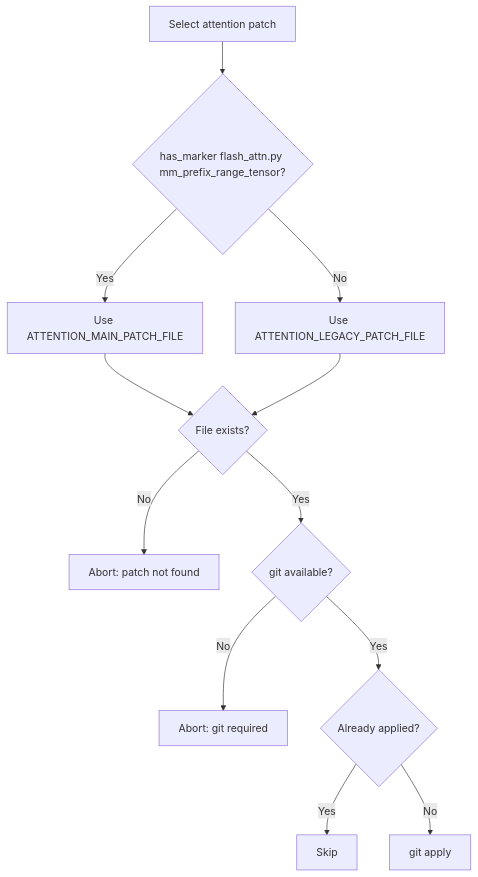
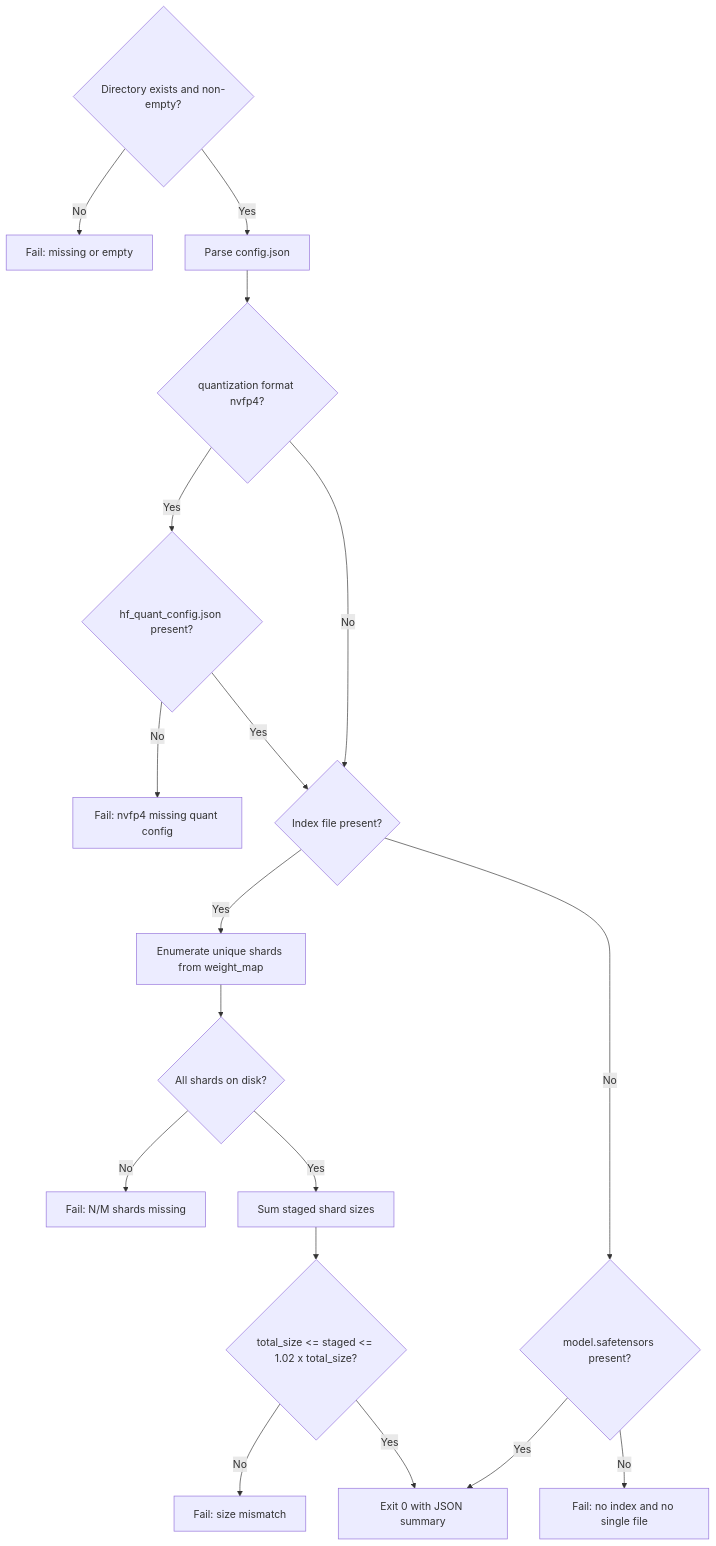
One commit to jpfulton-fultonengineeringservices/spark-vllm-docker changed diagram 15 of 15 in deepwiki-rs-docs/3.Workflow.md. Above: the diagram before and after it, drawn with Mermaid. The commit also changed other lines of this file and 156 other files, not shown here.

````diff
--- a/deepwiki-rs-docs/3.Workflow.md
+++ b/deepwiki-rs-docs/3.Workflow.md
@@ -638,14 +608,20 @@
 ```mermaid
-graph TD
-    Start["Select attention patch"] --> Probe{"has_marker flash_attn.py mm_prefix_range_tensor?"}
-    Probe -->|Yes| Main["Use ATTENTION_MAIN_PATCH_FILE"]
-    Probe -->|No| Legacy["Use ATTENTION_LEGACY_PATCH_FILE"]
-    Main --> Exists{"File exists?"}
-    Legacy --> Exists
-    Exists -->|No| Abort["Abort: patch not found"]
-    Exists -->|Yes| GitCheck{"git available?"}
-    GitCheck -->|No| AbortGit["Abort: git required"]
-    GitCheck -->|Yes| Applied{"Already applied?"}
-    Applied -->|Yes| Skip["Skip"]
-    Applied -->|No| Apply["git apply"]
+flowchart TD
+    Dir{"Directory exists and non-empty?"} -->|No| FailA["Fail: missing or empty"]
+    Dir -->|Yes| Cfg["Parse config.json"]
+    Cfg --> Quant{"quantization format nvfp4?"}
+    Quant -->|Yes| QC{"hf_quant_config.json present?"}
+    QC -->|No| FailB["Fail: nvfp4 missing quant config"]
+    QC -->|Yes| Idx
+    Quant -->|No| Idx{"Index file present?"}
+    Idx -->|Yes| Shards["Enumerate unique shards from weight_map"]
+    Shards --> Missing{"All shards on disk?"}
+    Missing -->|No| FailC["Fail: N/M shards missing"]
+    Missing -->|Yes| Size["Sum staged shard sizes"]
+    Size --> Tol{"total_size <= staged <= 1.02 x total_size?"}
+    Tol -->|No| FailD["Fail: size mismatch"]
+    Tol -->|Yes| Ok["Exit 0 with JSON summary"]
+    Idx -->|No| Single{"model.safetensors present?"}
+    Single -->|No| FailE["Fail: no index and no single file"]
+    Single -->|Yes| Ok
 ```
````
